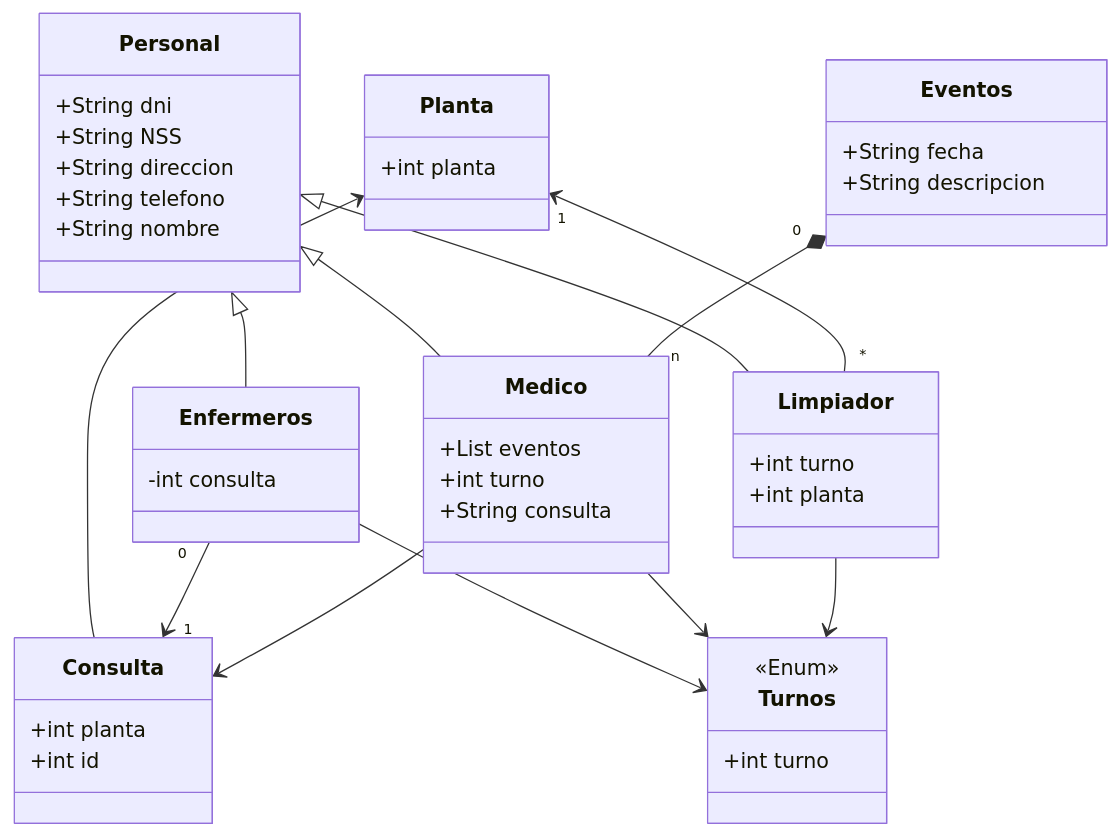
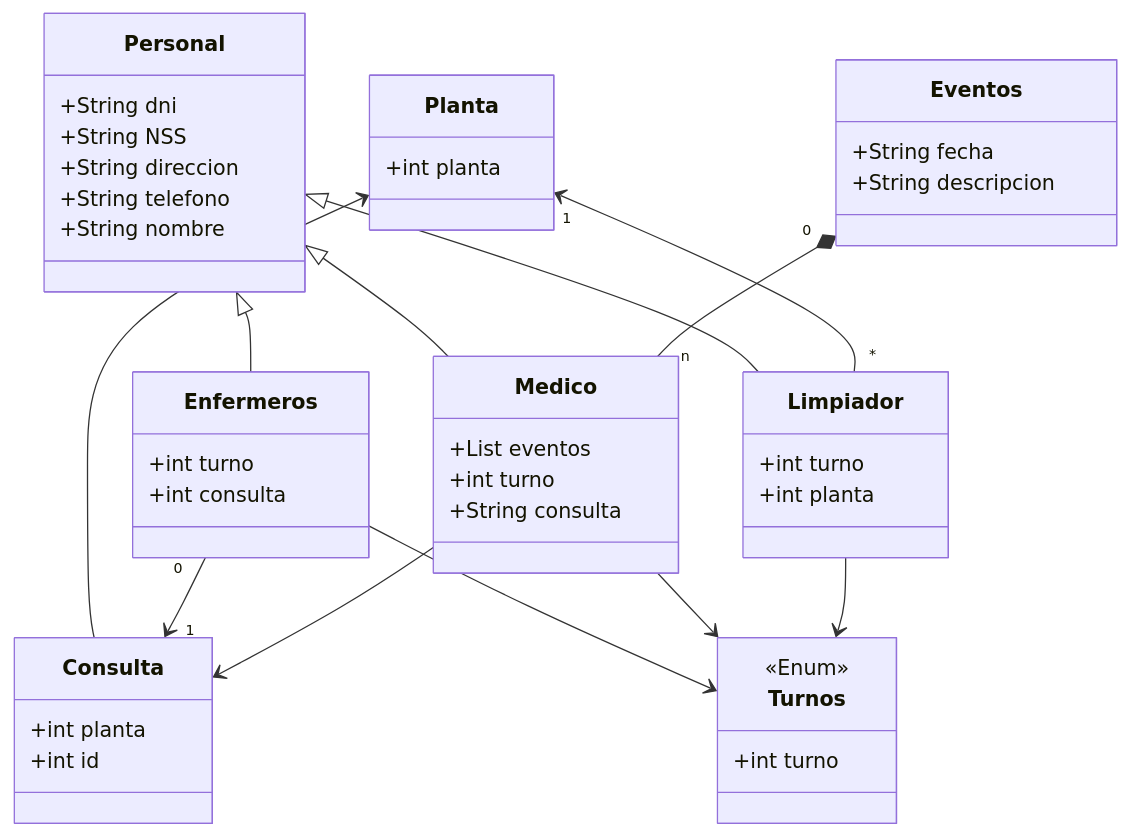
The diagram in README.md (MMSS99/2.2.Hibernate), drawn with Mermaid before and after one commit. The commit also changed other lines of this file and 3 other files, not shown here.

````diff
--- a/README.md
+++ b/README.md
@@ -1,58 +1,59 @@
 ```mermaid
 classDiagram
 direction TD
     class Personal {
 	    +String dni
 	    +String NSS
 	    +String direccion
 	    +String telefono
 	    +String nombre
     }
 
     class Turnos {
 	    +int turno
     }
 
     class Planta {
 	    +int planta
     }
 
     class Consulta {
 	    +int  planta
 	    +int id
     }
 
     class Medico {
 	    +List eventos
 	    +int turno
 	    +String consulta
     }
 
     class Eventos {
 	    +String fecha
 	    +String descripcion
     }
 
     class Enfermeros {
-	    -int consulta
+        +int turno
+	    +int consulta
     }
 
     class Limpiador {
 	    +int turno
 	    +int planta
     }
 
 	<<Enum>> Turnos
 
     Personal <|-- Medico
     Personal <|-- Enfermeros
     Personal <|-- Limpiador
     Planta <-- Consulta
     Planta "1" <-- "*" Limpiador
     Enfermeros "0" --> "1" Consulta
     Medico --> Consulta
     Enfermeros --> Turnos
     Medico --> Turnos
     Limpiador --> Turnos
     Eventos "0" *-- "n" Medico
 ```
````
